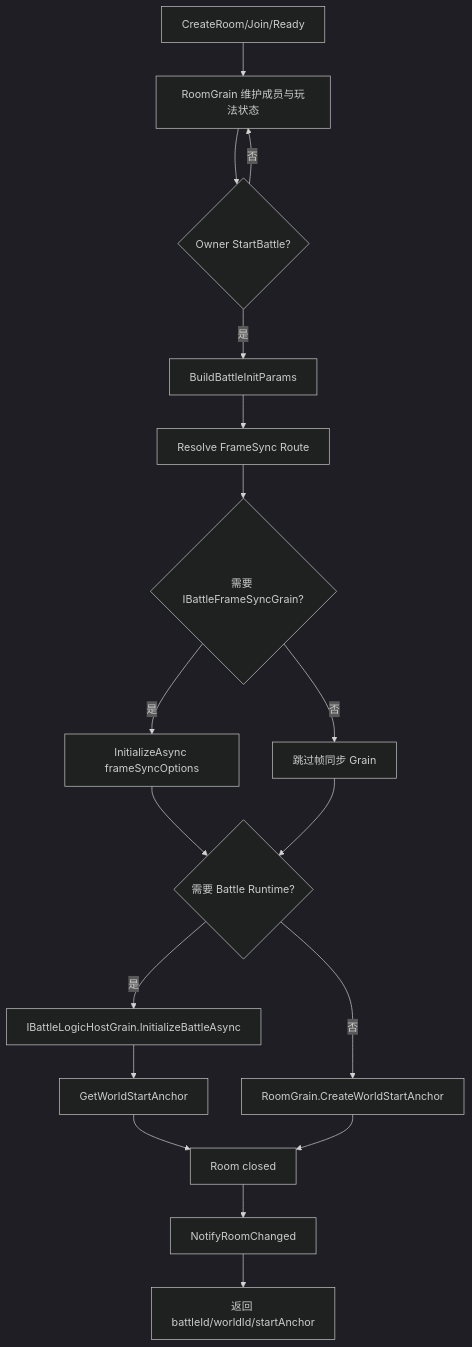
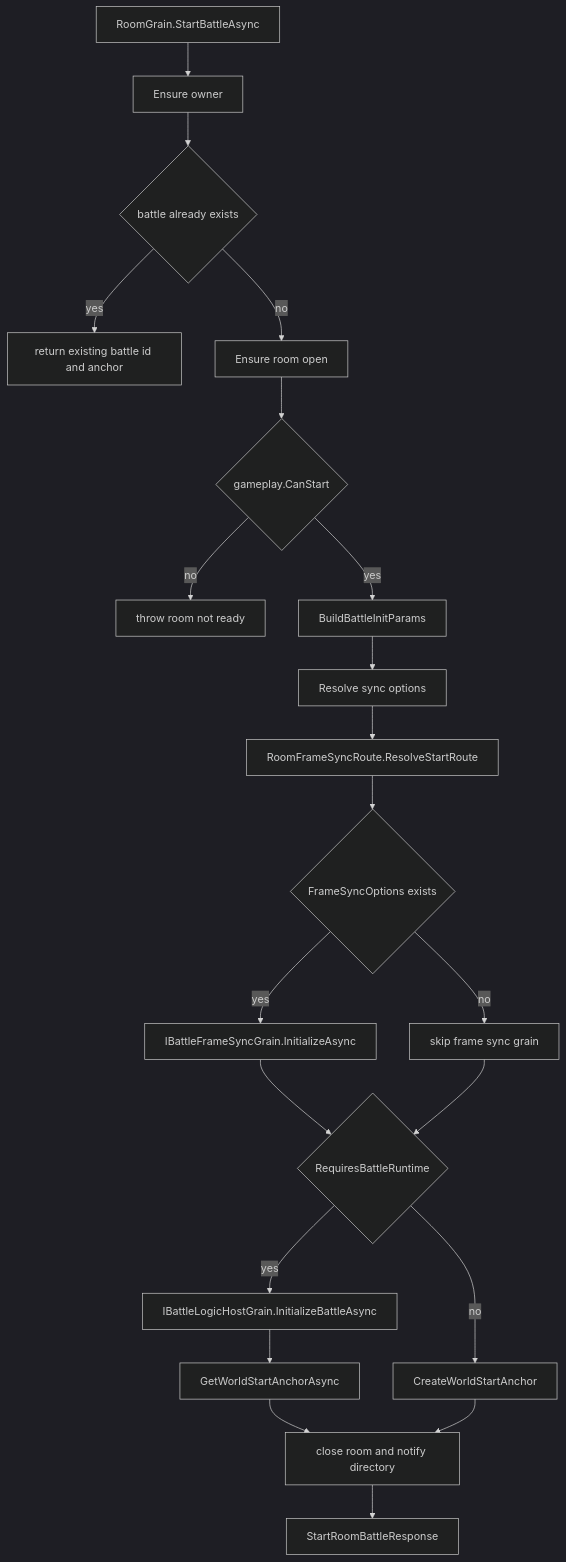
The seventh of 8 diagrams in Docs/design/07-NetworkSynchronization/00-SynchronizationCapabilityMap.md (Kurumioi/AbilityKit), drawn with Mermaid (dark theme) before and after one commit. The commit also changed other lines of this file and 389 other files, not shown here.

````diff
--- a/Docs/design/07-NetworkSynchronization/00-SynchronizationCapabilityMap.md
+++ b/Docs/design/07-NetworkSynchronization/00-SynchronizationCapabilityMap.md
@@ -235,20 +344,23 @@
 ```mermaid
 flowchart TD
-    A[CreateRoom/Join/Ready] --> B[RoomGrain 维护成员与玩法状态]
-    B --> C{Owner StartBattle?}
-    C -- 否 --> B
-    C -- 是 --> D[BuildBattleInitParams]
-    D --> E[Resolve FrameSync Route]
-    E --> F{需要 IBattleFrameSyncGrain?}
-    F -- 是 --> G[InitializeAsync frameSyncOptions]
-    F -- 否 --> H[跳过帧同步 Grain]
-    G --> I{需要 Battle Runtime?}
-    H --> I
-    I -- 是 --> J[IBattleLogicHostGrain.InitializeBattleAsync]
-    J --> K[GetWorldStartAnchor]
-    I -- 否 --> L[RoomGrain.CreateWorldStartAnchor]
-    K --> M[Room closed]
+    A[RoomGrain.StartBattleAsync] --> B[Ensure owner]
+    B --> C{battle already exists}
+    C -- yes --> D[return existing battle id and anchor]
+    C -- no --> E[Ensure room open]
+    E --> F{gameplay.CanStart}
+    F -- no --> X[throw room not ready]
+    F -- yes --> G[BuildBattleInitParams]
+    G --> H[Resolve sync options]
+    H --> I[RoomFrameSyncRoute.ResolveStartRoute]
+    I --> J{FrameSyncOptions exists}
+    J -- yes --> K[IBattleFrameSyncGrain.InitializeAsync]
+    J -- no --> L[skip frame sync grain]
+    K --> M{RequiresBattleRuntime}
     L --> M
-    M --> N[NotifyRoomChanged]
-    N --> O[返回 battleId/worldId/startAnchor]
+    M -- yes --> N[IBattleLogicHostGrain.InitializeBattleAsync]
+    N --> O[GetWorldStartAnchorAsync]
+    M -- no --> P[CreateWorldStartAnchor]
+    O --> Q[close room and notify directory]
+    P --> Q
+    Q --> R[StartRoomBattleResponse]
 ```
````
